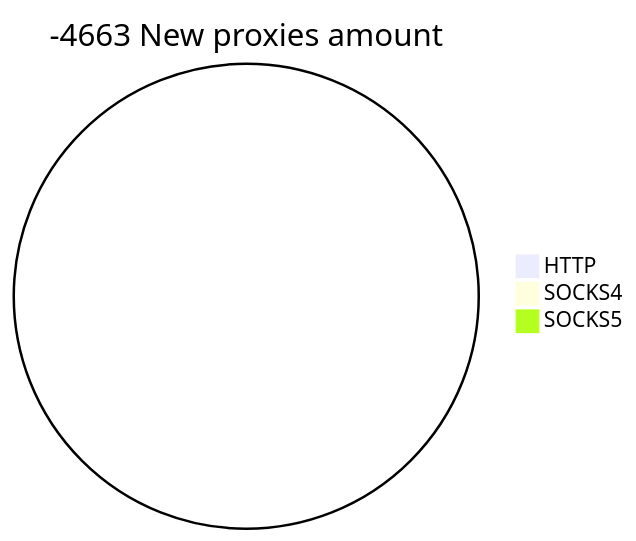
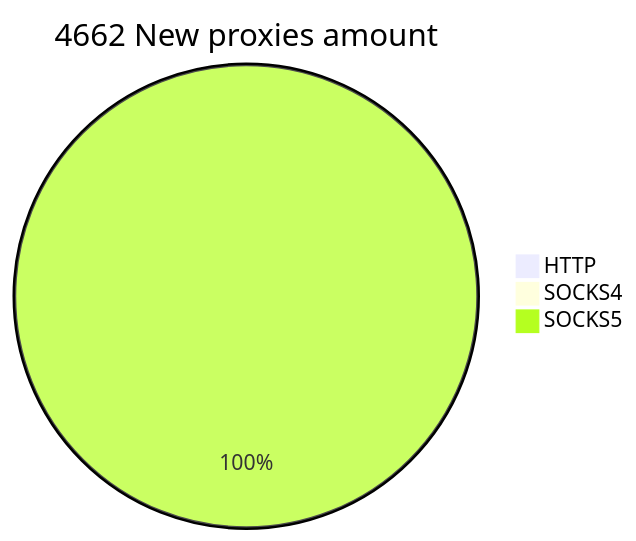
One commit to cutipu/proxylist changed the second of 2 diagrams in README.md. Above: the diagram before and after it, drawn with Mermaid. The commit also changed other lines of this file, not shown here.

````diff
--- a/README.md
+++ b/README.md
@@ -10,6 +10,6 @@
 ```mermaid
-pie title -4663 New proxies amount
-    "HTTP" : 0
+pie title 4662 New proxies amount
+    "HTTP" : 1
     "SOCKS4" : 0
-    "SOCKS5" : 0
+    "SOCKS5" : 4663
 ```
````
